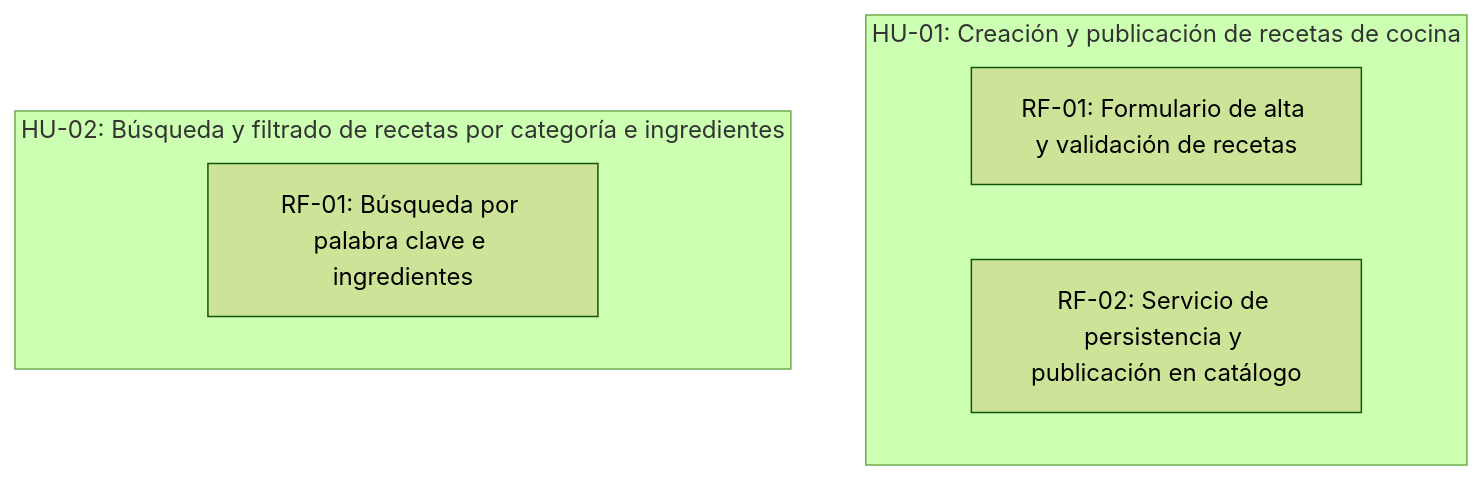
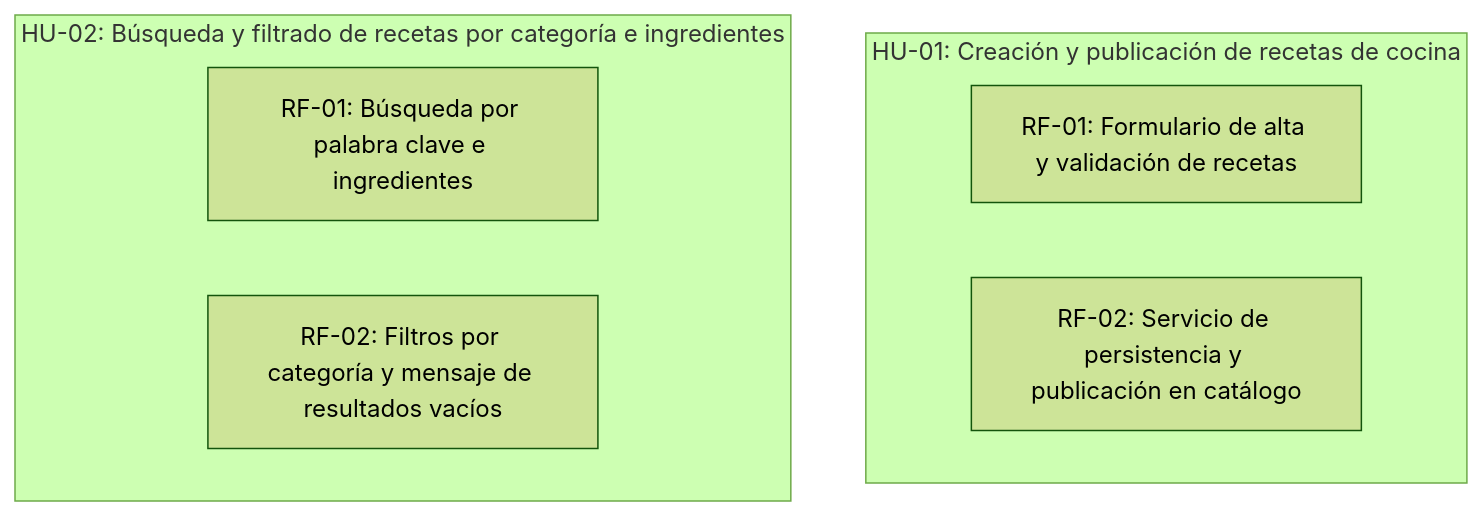
Before and after one commit to SVGiannoni/RecetasPanaRossi: the diagram in scrumDocs/grafo.md, drawn with Mermaid (forest theme). The commit also changed other lines of this file, not shown here.

````diff
--- a/scrumDocs/grafo.md
+++ b/scrumDocs/grafo.md
@@ -5,10 +5,11 @@
 ```mermaid
 graph TD
   subgraph US_1788784804716["HU-01: Creación y publicación de recetas de cocina"]
     REQ_1788785182545["RF-01: Formulario de alta y validación de recetas"]
     REQ_1788785196739["RF-02: Servicio de persistencia y publicación en catálogo"]
   end
   subgraph US_1788784817567["HU-02: Búsqueda y filtrado de recetas por categoría e ingredientes"]
     REQ_1788785446610["RF-01: Búsqueda por palabra clave e ingredientes"]
+    REQ_1788785477255["RF-02: Filtros por categoría y mensaje de resultados vacíos"]
   end
 ```
````
